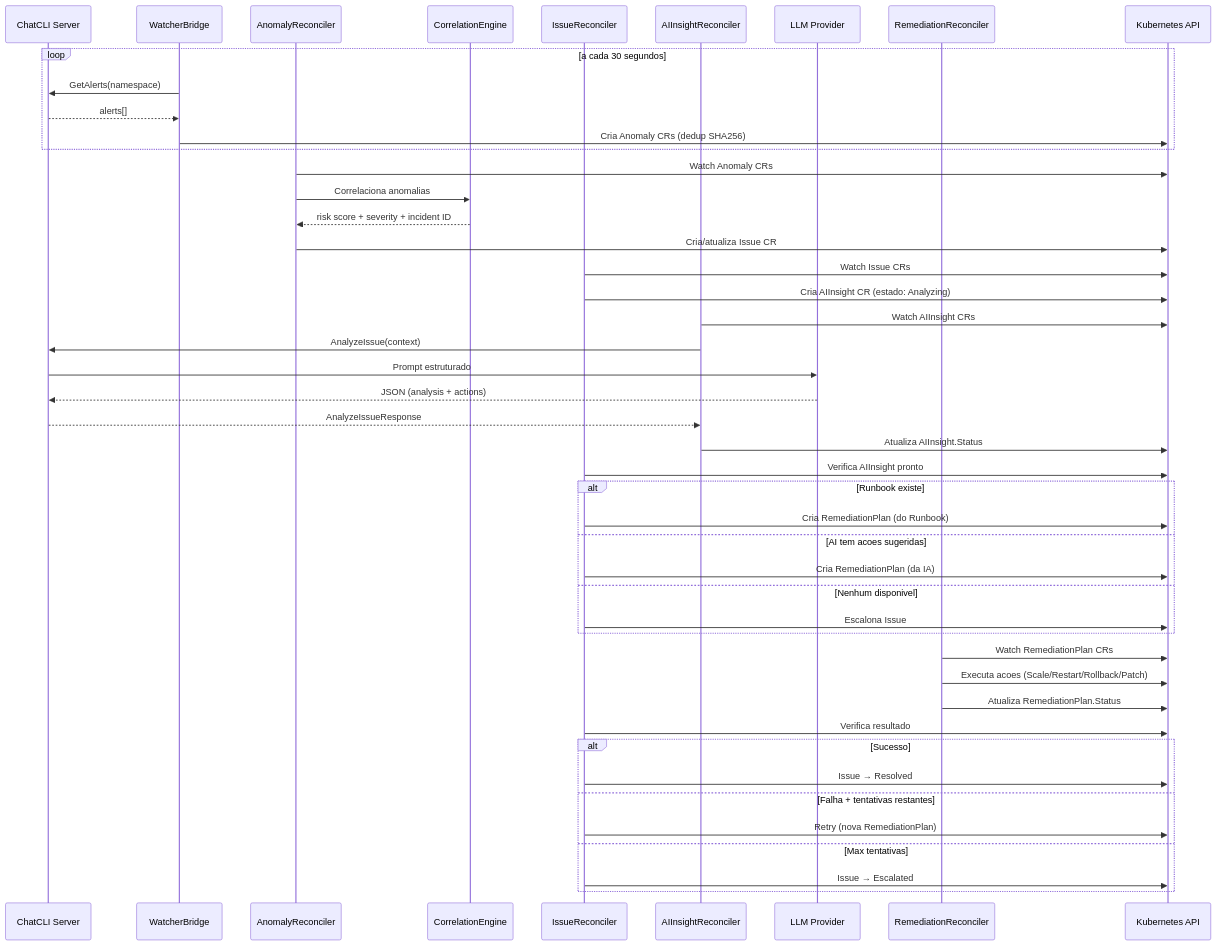
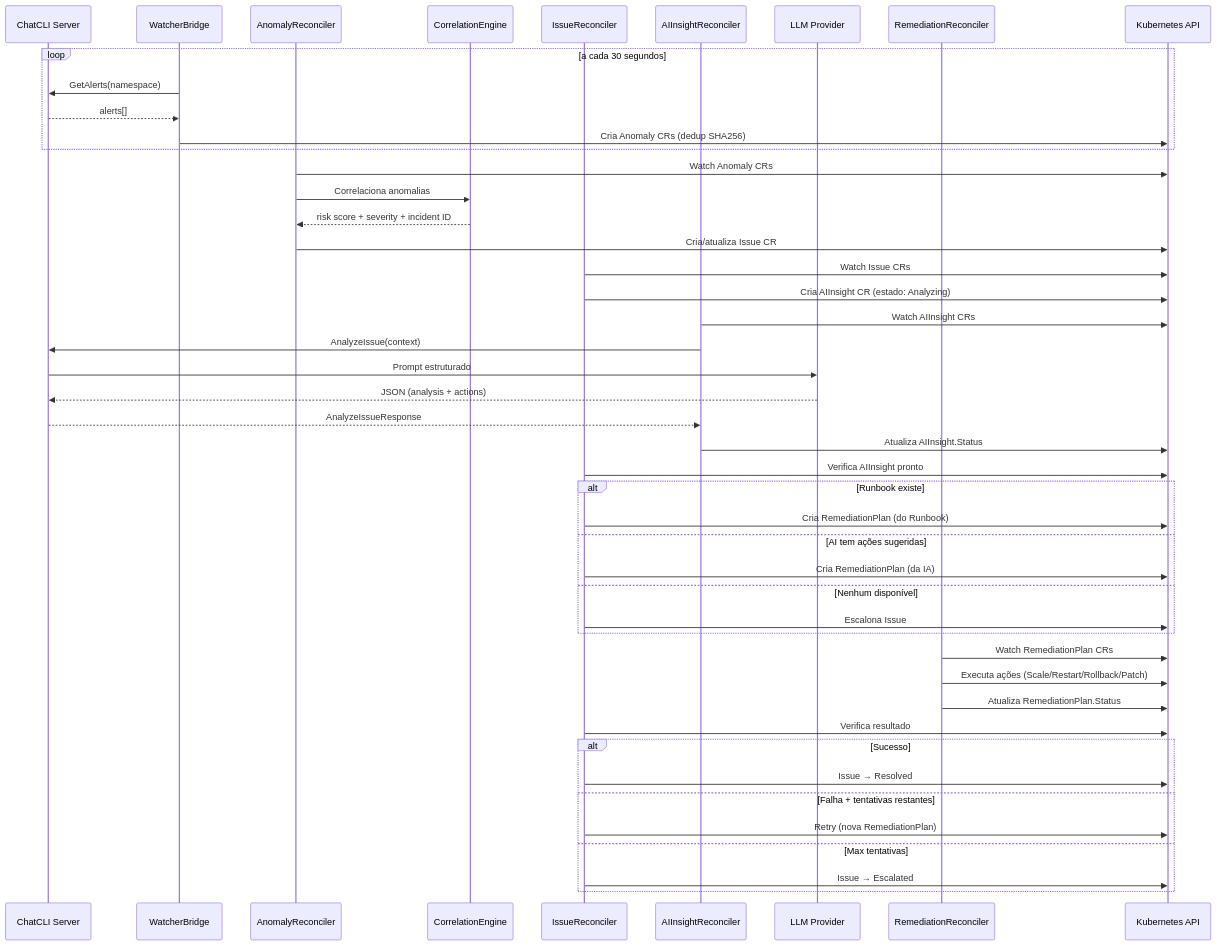
The first of 3 diagrams in ghpages/content/docs/features/aiops-platform.md (diillson/chatcli), drawn with Mermaid before and after one commit. The commit also changed other lines of this file and 25 other files, not shown here.

````diff
--- a/ghpages/content/docs/features/aiops-platform.md
+++ b/ghpages/content/docs/features/aiops-platform.md
@@ -17,55 +17,55 @@
 ```mermaid
 sequenceDiagram
     participant Server as ChatCLI Server
     participant WB as WatcherBridge
     participant AR as AnomalyReconciler
     participant CE as CorrelationEngine
     participant IR as IssueReconciler
     participant AIR as AIInsightReconciler
     participant LLM as LLM Provider
     participant RR as RemediationReconciler
     participant K8s as Kubernetes API
 
     loop a cada 30 segundos
         WB->>Server: GetAlerts(namespace)
         Server-->>WB: alerts[]
         WB->>K8s: Cria Anomaly CRs (dedup SHA256)
     end
 
     AR->>K8s: Watch Anomaly CRs
     AR->>CE: Correlaciona anomalias
     CE-->>AR: risk score + severity + incident ID
     AR->>K8s: Cria/atualiza Issue CR
 
     IR->>K8s: Watch Issue CRs
     IR->>K8s: Cria AIInsight CR (estado: Analyzing)
 
     AIR->>K8s: Watch AIInsight CRs
     AIR->>Server: AnalyzeIssue(context)
     Server->>LLM: Prompt estruturado
     LLM-->>Server: JSON (analysis + actions)
     Server-->>AIR: AnalyzeIssueResponse
     AIR->>K8s: Atualiza AIInsight.Status
 
     IR->>K8s: Verifica AIInsight pronto
     alt Runbook existe
         IR->>K8s: Cria RemediationPlan (do Runbook)
-    else AI tem acoes sugeridas
+    else AI tem ações sugeridas
         IR->>K8s: Cria RemediationPlan (da IA)
-    else Nenhum disponivel
+    else Nenhum disponível
         IR->>K8s: Escalona Issue
     end
 
     RR->>K8s: Watch RemediationPlan CRs
-    RR->>K8s: Executa acoes (Scale/Restart/Rollback/Patch)
+    RR->>K8s: Executa ações (Scale/Restart/Rollback/Patch)
     RR->>K8s: Atualiza RemediationPlan.Status
 
     IR->>K8s: Verifica resultado
     alt Sucesso
         IR->>K8s: Issue → Resolved
     else Falha + tentativas restantes
         IR->>K8s: Retry (nova RemediationPlan)
     else Max tentativas
         IR->>K8s: Issue → Escalated
     end
 ```
````
